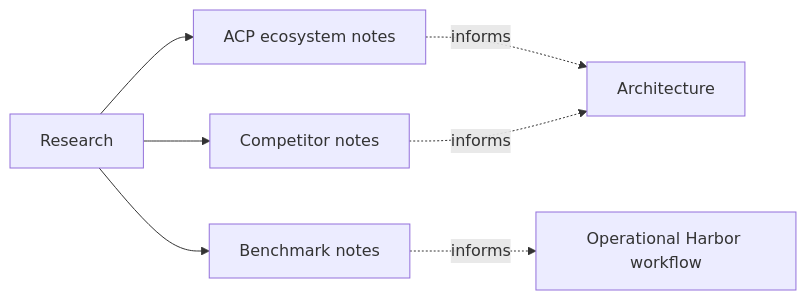
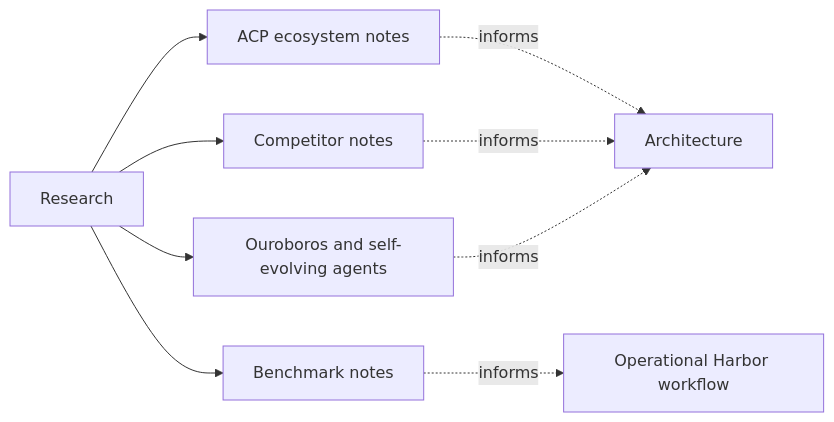
Before and after one commit to leto-labs/leto: the diagram in docs/research/README.md, drawn with Mermaid. The commit also changed other lines of this file and 17 other files, not shown here.

Commit message:
docs: add ouroboros research atlas

````diff
--- a/docs/research/README.md
+++ b/docs/research/README.md
@@ -27,11 +29,13 @@
 ```mermaid
 flowchart LR
     Research[Research]
     Research --> ACP[ACP ecosystem notes]
     Research --> Bench[Benchmark notes]
     Research --> Comp[Competitor notes]
+    Research --> Ouro[Ouroboros and self-evolving agents]
 
     ACP -. informs .-> Arch[Architecture]
     Bench -. informs .-> Harbor[Operational Harbor workflow]
     Comp -. informs .-> Arch
+    Ouro -. informs .-> Arch
 ```
````
